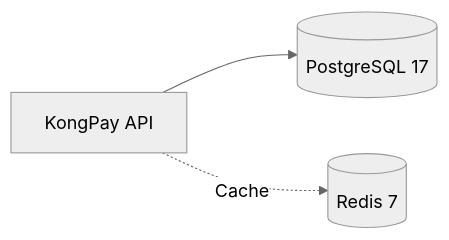
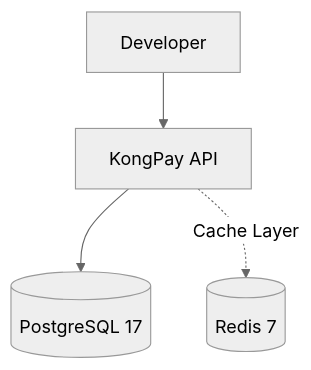
The tenth of 15 diagrams in README.md (kongali1720/KongPay), drawn with Mermaid (neutral theme) before and after one commit. The commit also changed other lines of this file, not shown here.

````diff
--- a/README.md
+++ b/README.md
@@ -569,8 +827,15 @@
 ```mermaid
-flowchart LR
+flowchart TD
 
-A[KongPay API]
---> B[(PostgreSQL 17)]
+Client[Developer]
 
-A -. Cache .-> C[(Redis 7)]
+API[KongPay API]
+
+DB[(PostgreSQL 17)]
+
+REDIS[(Redis 7)]
+
+Client --> API
+API --> DB
+API -. Cache Layer .-> REDIS
 ```
````
